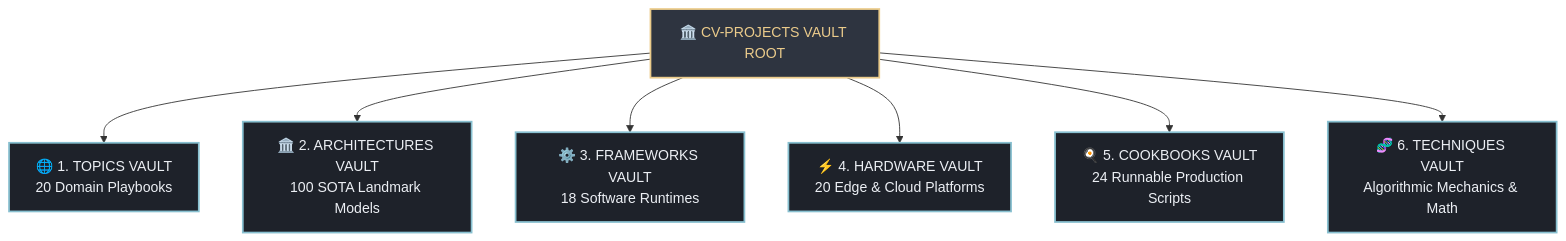
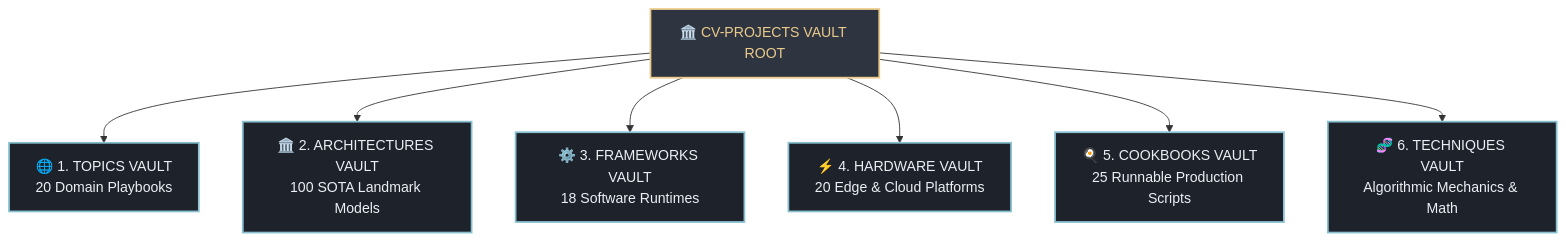
One commit to sergiomh499/cv-projects changed the diagram in 00-INDEX.md. Above: the diagram before and after it, drawn with Mermaid. The commit also changed other lines of this file and 9 other files, not shown here.

````diff
--- a/00-INDEX.md
+++ b/00-INDEX.md
@@ -28,21 +28,21 @@
 ```mermaid
 flowchart TD
     classDef pillar fill:#1E222A,stroke:#88C0D0,stroke-width:2px,color:#ECEFF4;
     classDef hub fill:#2E3440,stroke:#EBCB8B,stroke-width:2px,color:#EBCB8B;
 
     Root["🏛️ CV-PROJECTS VAULT ROOT"]:::hub
 
     Root --> P1["🌐 1. TOPICS VAULT<br>20 Domain Playbooks"]:::pillar
     Root --> P2["🏛️ 2. ARCHITECTURES VAULT<br>100 SOTA Landmark Models"]:::pillar
     Root --> P3["⚙️ 3. FRAMEWORKS VAULT<br>18 Software Runtimes"]:::pillar
     Root --> P4["⚡ 4. HARDWARE VAULT<br>20 Edge & Cloud Platforms"]:::pillar
-    Root --> P5["🍳 5. COOKBOOKS VAULT<br>24 Runnable Production Scripts"]:::pillar
+    Root --> P5["🍳 5. COOKBOOKS VAULT<br>25 Runnable Production Scripts"]:::pillar
     Root --> P6["🧬 6. TECHNIQUES VAULT<br>Algorithmic Mechanics & Math"]:::pillar
 
     click P1 "topics/00-topics-moc" "Open Topics Vault MOC"
     click P2 "architectures/00-architectures-moc" "Open Architectures Vault MOC"
     click P3 "frameworks/00-frameworks-moc" "Open Frameworks Vault MOC"
     click P4 "hardware/00-hardware-moc" "Open Hardware Vault MOC"
     click P5 "cookbooks/00-cookbooks-moc" "Open Cookbooks Vault MOC"
     click P6 "techniques/00-techniques-moc" "Open Techniques Vault MOC"
 ```
````
